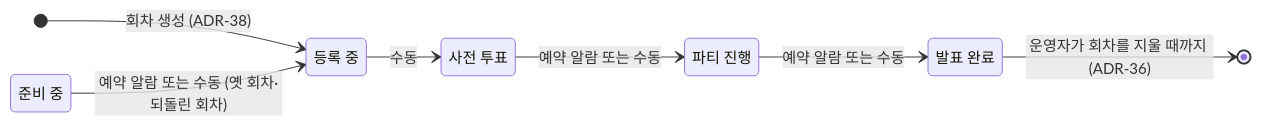
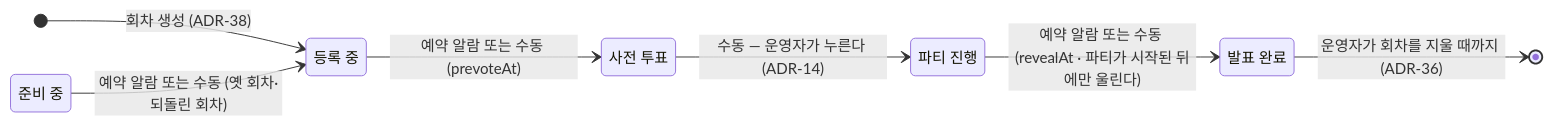
One commit to xcellentbird/tone-pick changed the fourth of 6 diagrams in docs/USER-FLOWS.md. Above: the diagram before and after it, drawn with Mermaid. The commit also changed other lines of this file and 34 other files, not shown here.

````diff
--- a/docs/USER-FLOWS.md
+++ b/docs/USER-FLOWS.md
@@ -210,17 +211,17 @@
 ```mermaid
 stateDiagram-v2
     direction LR
 
     prep: 준비 중
     reg: 등록 중
     prevote: 사전 투표
     party: 파티 진행
     done: 발표 완료
 
     [*] --> reg: 회차 생성 (ADR-38)
     prep --> reg: 예약 알람 또는 수동 (옛 회차·되돌린 회차)
-    reg --> prevote: 수동
-    prevote --> party: 예약 알람 또는 수동
-    party --> done: 예약 알람 또는 수동
+    reg --> prevote: 예약 알람 또는 수동 (prevoteAt)
+    prevote --> party: 수동 — 운영자가 누른다 (ADR-14)
+    party --> done: 예약 알람 또는 수동 (revealAt · 파티가 시작된 뒤에만 울린다)
     done --> [*]: 운영자가 회차를 지울 때까지 (ADR-36)
 ```
````
